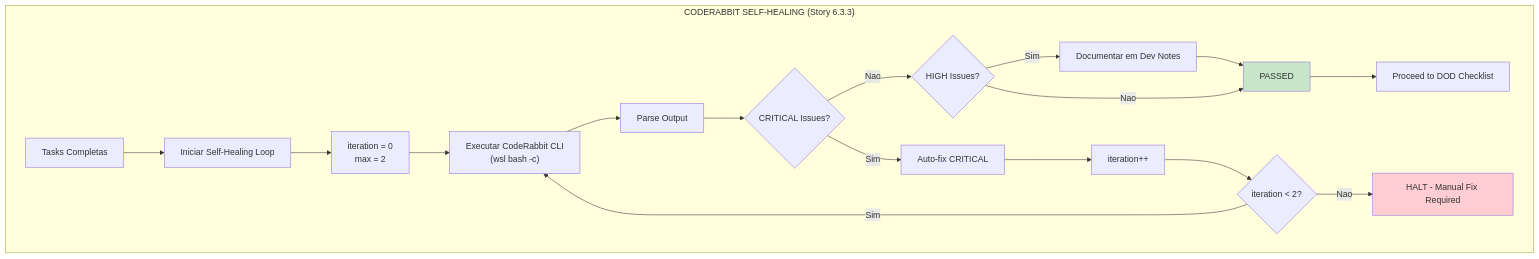
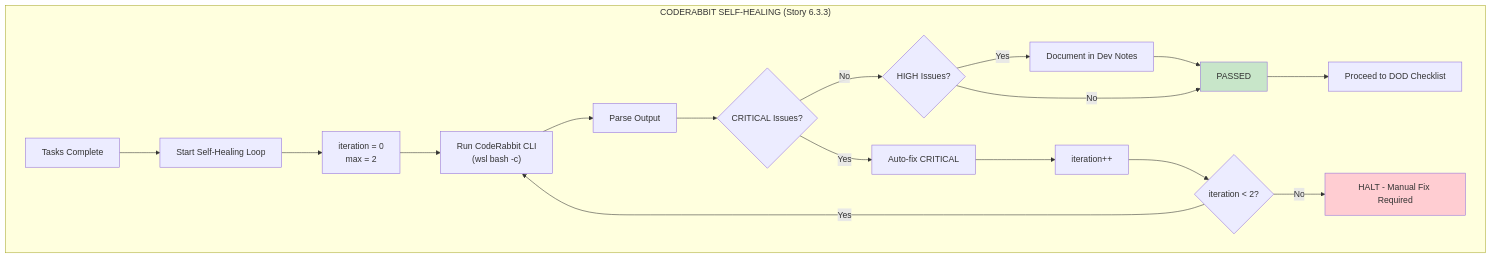
The third of 4 diagrams in docs/guides/agents/DEV-SYSTEM.md (CyryxLabs/AEXOS), drawn with Mermaid before and after one commit. The commit also changed other lines of this file and 528 other files, not shown here.

````diff
--- a/docs/guides/agents/DEV-SYSTEM.md
+++ b/docs/guides/agents/DEV-SYSTEM.md
@@ -226,28 +226,28 @@
 ```mermaid
 flowchart TB
     subgraph SELF_HEALING["CODERABBIT SELF-HEALING (Story 6.3.3)"]
-        A["Tasks Completas"] --> B["Iniciar Self-Healing Loop"]
+        A["Tasks Complete"] --> B["Start Self-Healing Loop"]
         B --> C["iteration = 0<br/>max = 2"]
 
-        C --> D["Executar CodeRabbit CLI<br/>(wsl bash -c)"]
+        C --> D["Run CodeRabbit CLI<br/>(wsl bash -c)"]
         D --> E["Parse Output"]
         E --> F{"CRITICAL Issues?"}
 
-        F -->|"Nao"| G{"HIGH Issues?"}
-        G -->|"Sim"| H["Documentar em Dev Notes"]
-        G -->|"Nao"| I["PASSED"]
+        F -->|"No"| G{"HIGH Issues?"}
+        G -->|"Yes"| H["Document in Dev Notes"]
+        G -->|"No"| I["PASSED"]
         H --> I
 
-        F -->|"Sim"| J["Auto-fix CRITICAL"]
+        F -->|"Yes"| J["Auto-fix CRITICAL"]
         J --> K["iteration++"]
         K --> L{"iteration < 2?"}
 
-        L -->|"Sim"| D
-        L -->|"Nao"| M["HALT - Manual Fix Required"]
+        L -->|"Yes"| D
+        L -->|"No"| M["HALT - Manual Fix Required"]
 
         I --> N["Proceed to DOD Checklist"]
     end
 
     style I fill:#c8e6c9
     style M fill:#ffcdd2
 ```
````
